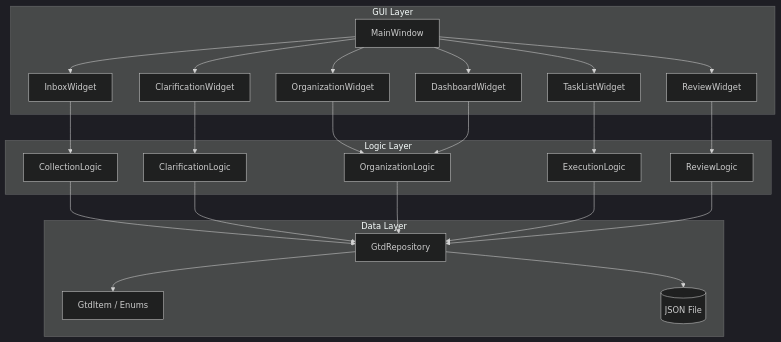
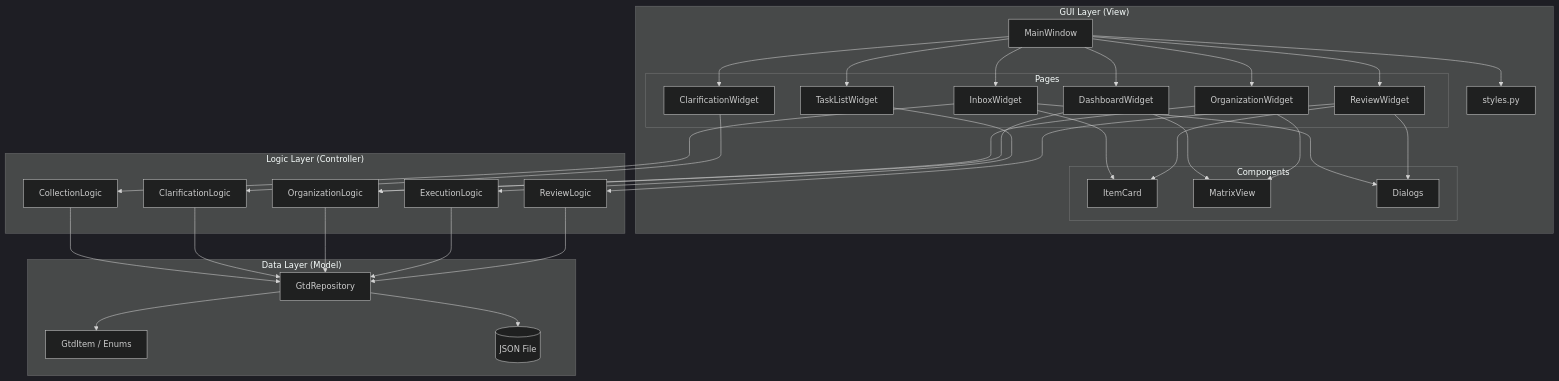
Before and after one commit to teppei19980914/Defrago: the first of 9 diagrams in docs/design/architecture.md, drawn with Mermaid (dark theme). The commit also changed other lines of this file and 4 other files, not shown here.

````diff
--- a/docs/design/architecture.md
+++ b/docs/design/architecture.md
@@ -12,38 +29,52 @@
 ```mermaid
 graph TB
-    subgraph GUI Layer
+    subgraph "GUI Layer (View)"
         MW[MainWindow]
-        DW[DashboardWidget]
-        IW[InboxWidget]
-        CW[ClarificationWidget]
-        OW[OrganizationWidget]
-        TW[TaskListWidget]
-        RW[ReviewWidget]
+        subgraph Pages
+            DW[DashboardWidget]
+            IW[InboxWidget]
+            CW[ClarificationWidget]
+            OW[OrganizationWidget]
+            TW[TaskListWidget]
+            RW[ReviewWidget]
+        end
+        subgraph Components
+            IC[ItemCard]
+            MV[MatrixView]
+            DLG[Dialogs]
+        end
+        ST[styles.py]
     end
 
-    subgraph Logic Layer
+    subgraph "Logic Layer (Controller)"
         CL[CollectionLogic]
         CLR[ClarificationLogic]
         OL[OrganizationLogic]
         EL[ExecutionLogic]
         RL[ReviewLogic]
     end
 
-    subgraph Data Layer
+    subgraph "Data Layer (Model)"
         M[GtdItem / Enums]
         R[GtdRepository]
         J[(JSON File)]
     end
 
     MW --> DW & IW & CW & OW & TW & RW
+    IW --> IC
+    RW --> IC
+    DW & OW --> MV
+    IW & RW --> DLG
+    MW --> ST
+
     IW --> CL
     CW --> CLR
     OW --> OL
     TW --> EL
     RW --> RL
     DW --> OL
 
     CL & CLR & OL & EL & RL --> R
     R --> M
     R --> J
 ```
````
